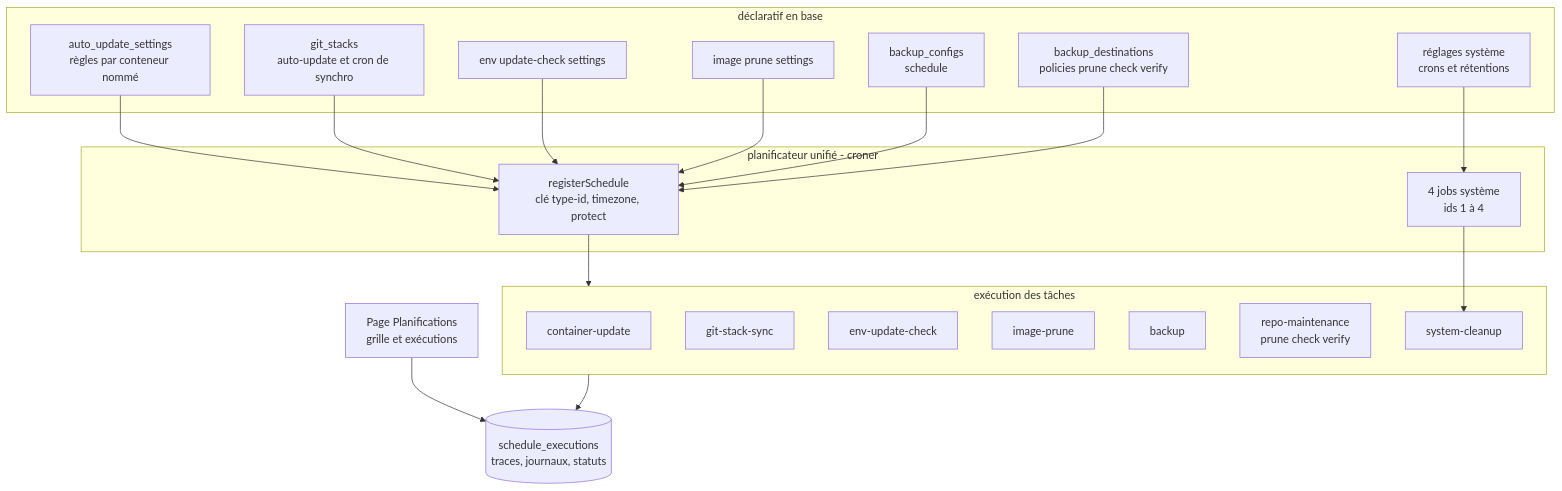
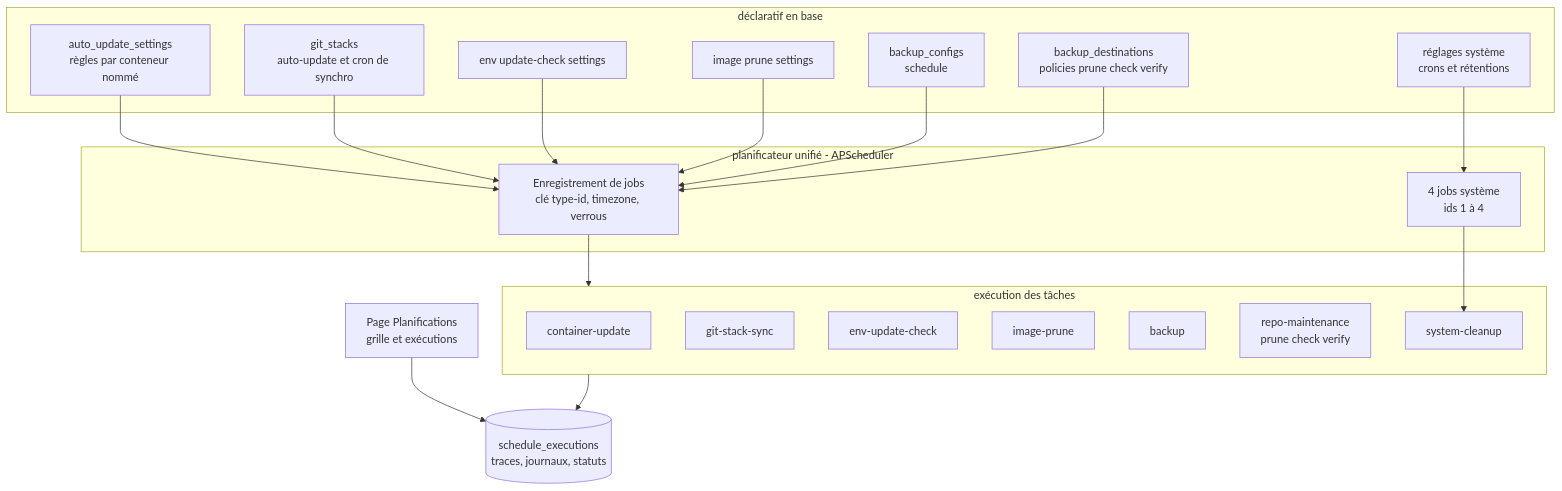
One commit to stefapi/windflow changed the diagram in docs/spec_dockhand_reference/14-automatisation-api.md. Above: the diagram before and after it, drawn with Mermaid. The commit also changed other lines of this file and 15 other files, not shown here.

````diff
--- a/docs/spec_dockhand_reference/14-automatisation-api.md
+++ b/docs/spec_dockhand_reference/14-automatisation-api.md
@@ -42,42 +38,42 @@
 ```mermaid
 flowchart TB
     subgraph Decl[ déclaratif en base ]
         AUS[auto_update_settings<br/>règles par conteneur nommé]
         GS[git_stacks<br/>auto-update et cron de synchro]
         EUC[env update-check settings]
         IPS[image prune settings]
         BC[backup_configs<br/>schedule]
         BDP[backup_destinations<br/>policies prune check verify]
         SYS[réglages système<br/>crons et rétentions]
     end
 
-    subgraph Scheduler[ planificateur unifié - croner ]
-        REG[registerSchedule<br/>clé type-id, timezone, protect]
+    subgraph Scheduler[ planificateur unifié - APScheduler ]
+        REG[Enregistrement de jobs<br/>clé type-id, timezone, verrous]
         SYSJ[4 jobs système<br/>ids 1 à 4]
     end
 
     subgraph Tasks[ exécution des tâches ]
         CU[container-update]
         GSS[git-stack-sync]
         EUCJ[env-update-check]
         IP[image-prune]
         BK[backup]
         RM[repo-maintenance<br/>prune check verify]
         SC[system-cleanup]
     end
 
     EX[(schedule_executions<br/>traces, journaux, statuts)]
     UI[Page Planifications<br/>grille et exécutions]
 
     AUS --> REG
     GS --> REG
     EUC --> REG
     IPS --> REG
     BC --> REG
     BDP --> REG
     SYS --> SYSJ
     REG --> Tasks
     SYSJ --> SC
     Tasks --> EX
     UI --> EX
 ```
````
